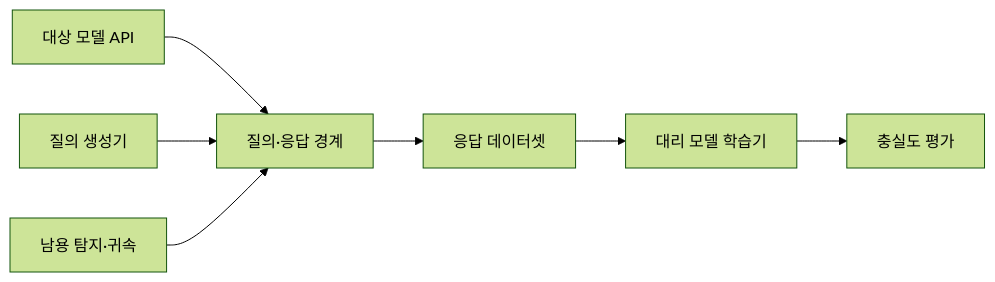
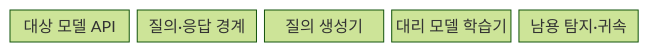
The first of 2 diagrams in src/content/docs/notes/05-security/083_model_extraction_attack.md (agnusdei1207/knowledge-base), drawn with Mermaid (forest theme) before and after one commit. The commit also changed other lines of this file and 6 other files, not shown here.

````diff
--- a/src/content/docs/notes/05-security/083_model_extraction_attack.md
+++ b/src/content/docs/notes/05-security/083_model_extraction_attack.md
@@ -62,9 +59,9 @@
 ```mermaid
-flowchart LR
-    A[대상 모델 API] --> B[질의·응답 경계]
-    C[질의 생성기] --> B
-    B --> D[응답 데이터셋]
-    D --> E[대리 모델 학습기]
-    E --> F[충실도 평가]
-    G[남용 탐지·귀속] --> B
+block-beta
+  columns 5
+  A["대상 모델 API"]
+  B["질의·응답 경계"]
+  C["질의 생성기"]
+  D["대리 모델 학습기"]
+  E["남용 탐지·귀속"]
 ```
````
